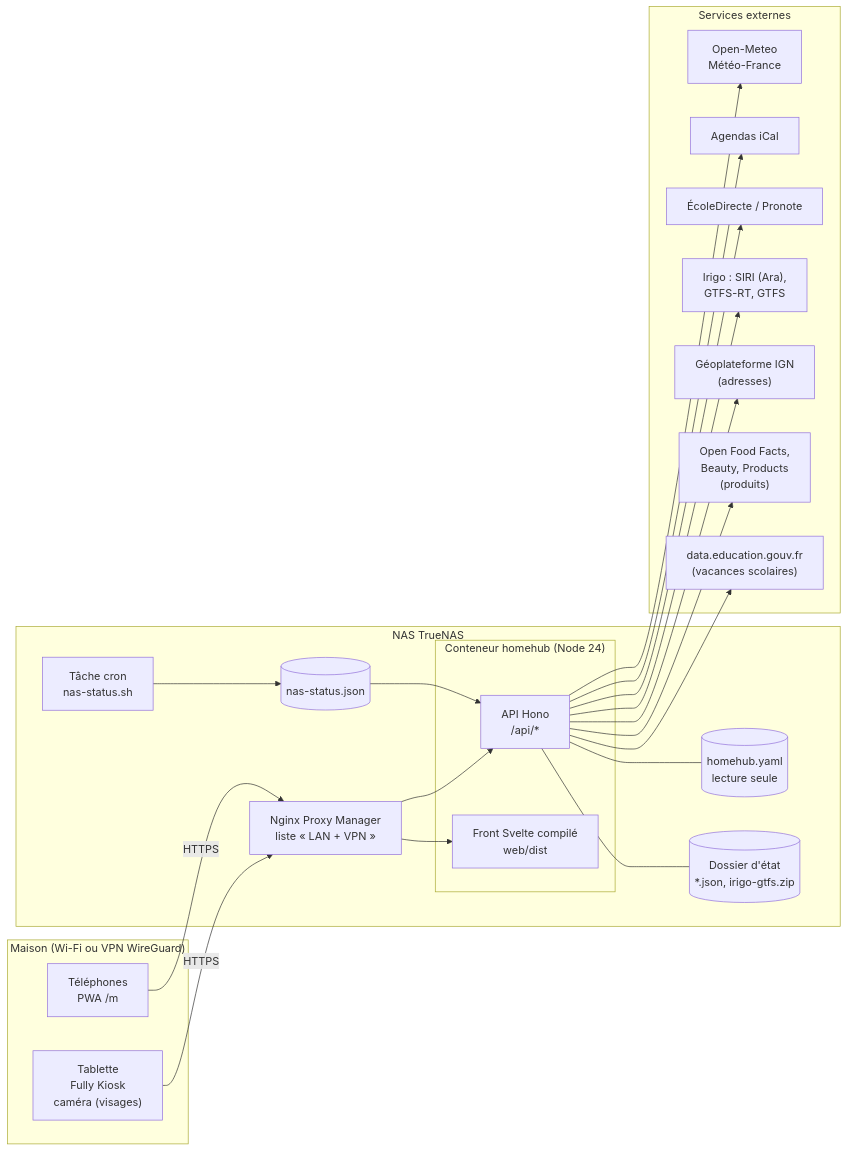
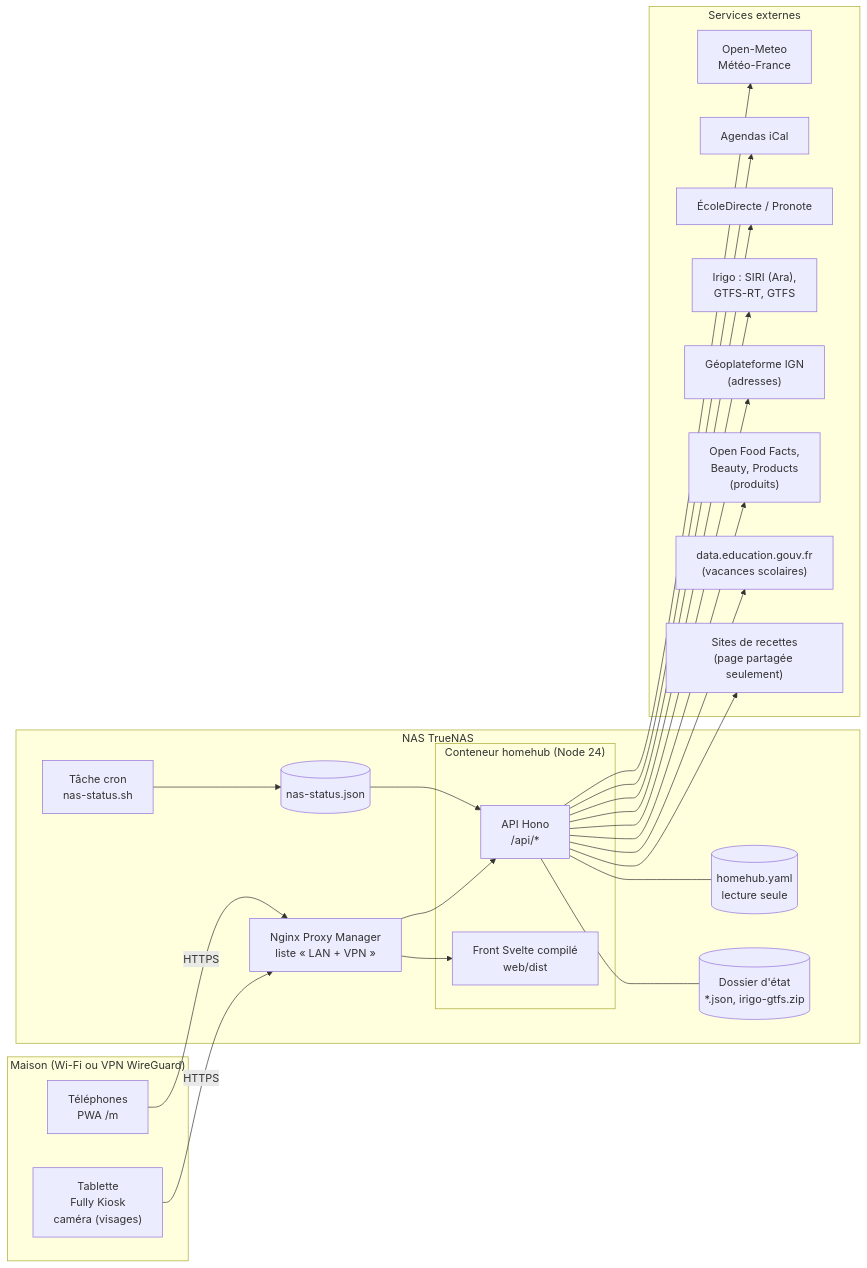
Before and after one commit to DeafLight/homehub: the first of 11 diagrams in docs/architecture.md, drawn with Mermaid. The commit also changed other lines of this file and 80 other files, not shown here.

````diff
--- a/docs/architecture.md
+++ b/docs/architecture.md
@@ -11,35 +11,36 @@
 ```mermaid
 flowchart LR
   subgraph maison["Maison (Wi-Fi ou VPN WireGuard)"]
     tablette["Tablette<br/>Fully Kiosk<br/>caméra (visages)"]
     tel["Téléphones<br/>PWA /m"]
   end
   subgraph nas["NAS TrueNAS"]
     npm["Nginx Proxy Manager<br/>liste « LAN + VPN »"]
     subgraph conteneur["Conteneur homehub (Node 24)"]
       api["API Hono<br/>/api/*"]
       front["Front Svelte compilé<br/>web/dist"]
     end
     yaml[("homehub.yaml<br/>lecture seule")]
     etat[("Dossier d'état<br/>*.json, irigo-gtfs.zip")]
     releve[("nas-status.json")]
     cron["Tâche cron<br/>nas-status.sh"]
   end
   subgraph ext["Services externes"]
     meteo["Open-Meteo<br/>Météo-France"]
     ical["Agendas iCal"]
     ecole["ÉcoleDirecte / Pronote"]
     irigo["Irigo : SIRI (Ara),<br/>GTFS-RT, GTFS"]
     ign["Géoplateforme IGN<br/>(adresses)"]
     off["Open Food Facts,<br/>Beauty, Products<br/>(produits)"]
     edu["data.education.gouv.fr<br/>(vacances scolaires)"]
+    cuisine["Sites de recettes<br/>(page partagée seulement)"]
   end
   tablette -- HTTPS --> npm
   tel -- HTTPS --> npm
   npm --> api
   npm --> front
   api --- yaml
   api --- etat
   cron --> releve --> api
-  api --> meteo & ical & ecole & irigo & ign & off & edu
+  api --> meteo & ical & ecole & irigo & ign & off & edu & cuisine
 ```
````
